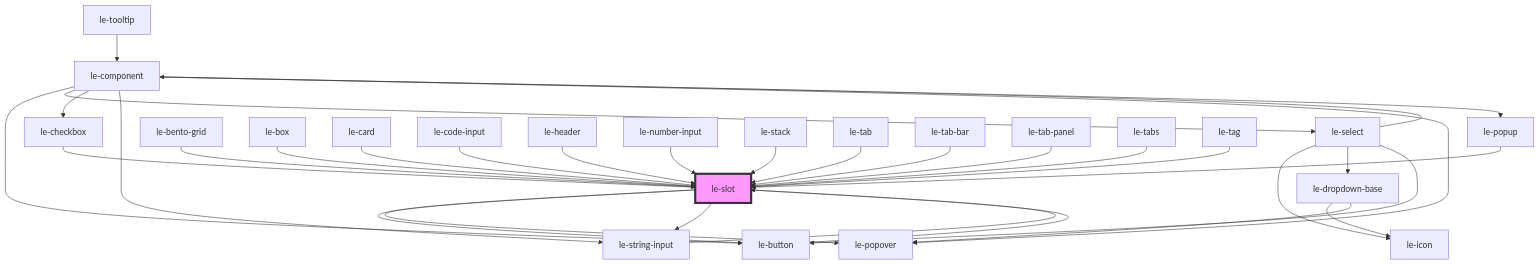
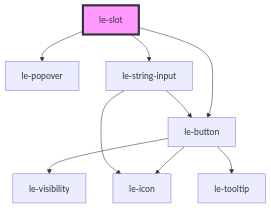
Before and after one commit to leechy/le-kit: the diagram in packages/core/src/components/le-slot/readme.md, drawn with Mermaid. The commit also changed other lines of this file and 44 other files, not shown here.

````diff
--- a/packages/core/src/components/le-slot/readme.md
+++ b/packages/core/src/components/le-slot/readme.md
@@ -75,36 +56,12 @@
 ```mermaid
 graph TD;
   le-slot --> le-popover
   le-slot --> le-button
   le-slot --> le-string-input
-  le-button --> le-slot
-  le-component --> le-button
-  le-component --> le-select
-  le-component --> le-checkbox
-  le-component --> le-string-input
-  le-component --> le-popover
-  le-component --> le-popup
-  le-select --> le-icon
-  le-select --> le-component
-  le-select --> le-dropdown-base
-  le-select --> le-button
-  le-dropdown-base --> le-icon
-  le-dropdown-base --> le-popover
-  le-checkbox --> le-slot
-  le-string-input --> le-slot
-  le-popup --> le-slot
-  le-tooltip --> le-component
-  le-bento-grid --> le-slot
-  le-box --> le-slot
-  le-card --> le-slot
-  le-code-input --> le-slot
-  le-header --> le-slot
-  le-number-input --> le-slot
-  le-stack --> le-slot
-  le-tab --> le-slot
-  le-tab-bar --> le-slot
-  le-tab-panel --> le-slot
-  le-tabs --> le-slot
-  le-tag --> le-slot
+  le-button --> le-icon
+  le-button --> le-visibility
+  le-button --> le-tooltip
+  le-string-input --> le-button
+  le-string-input --> le-icon
   style le-slot fill:#f9f,stroke:#333,stroke-width:4px
 ```
````
